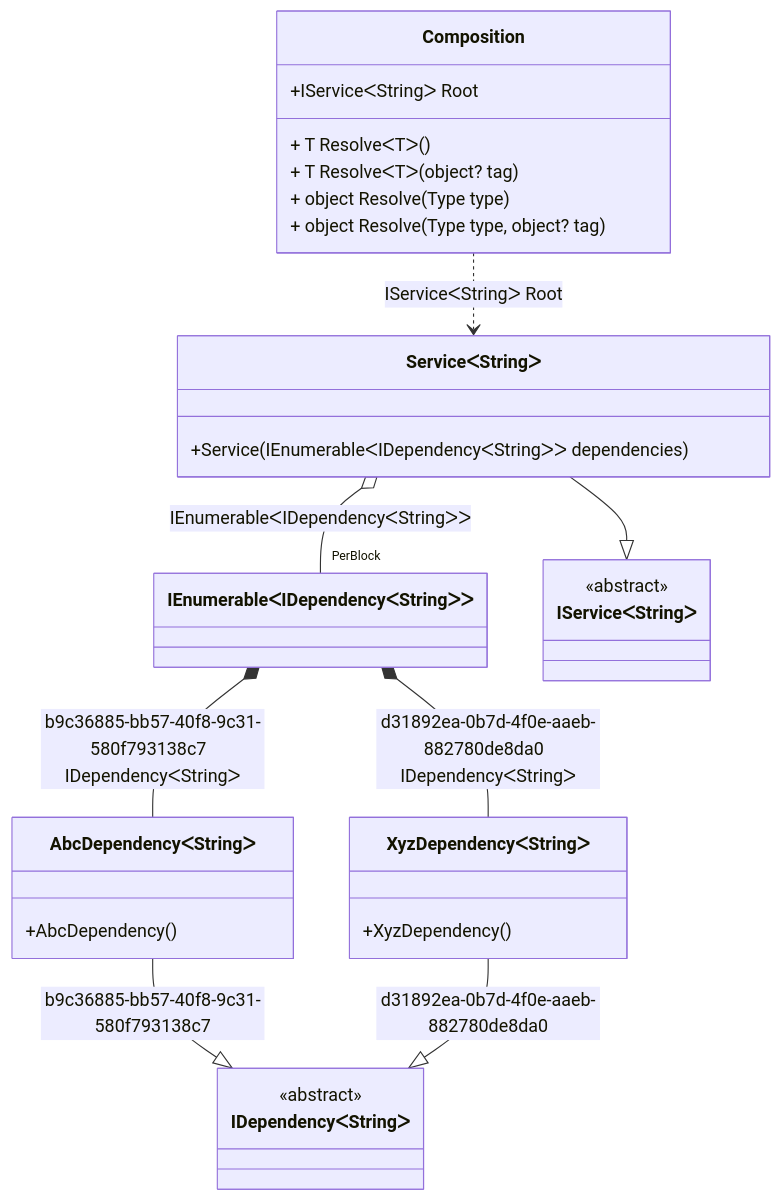
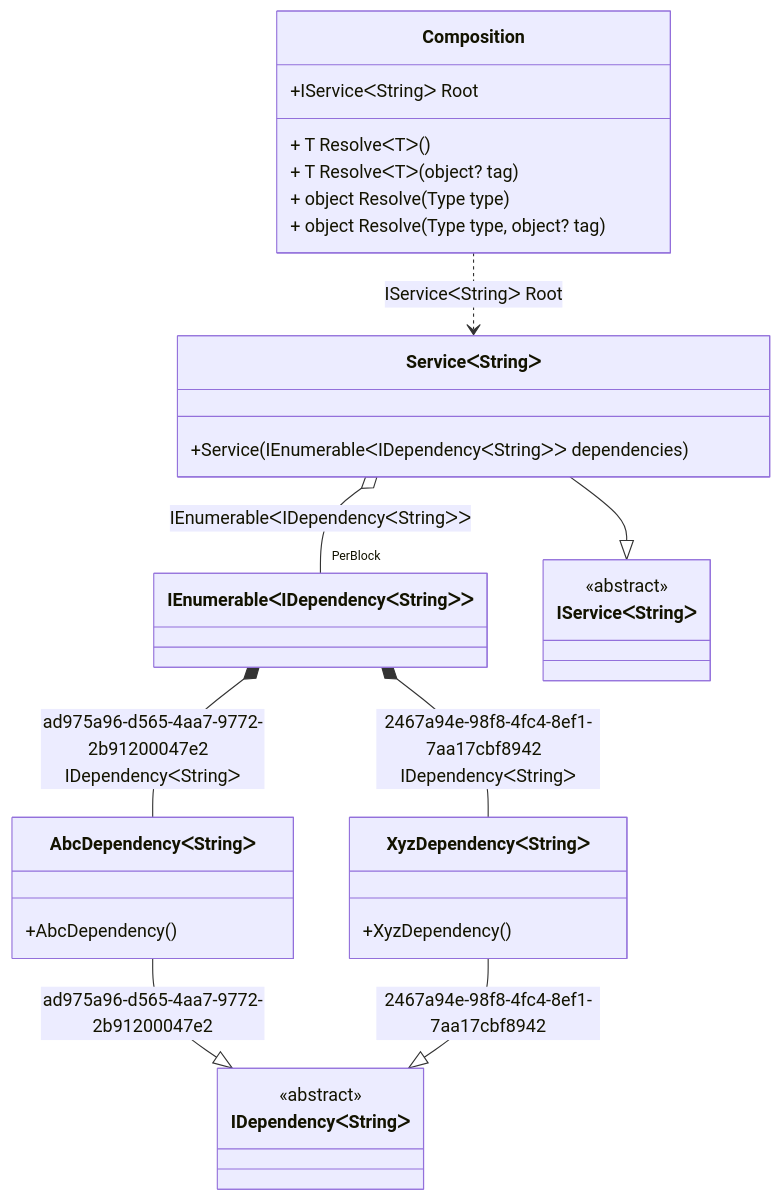
Before and after one commit to DevTeam/Pure.DI: the diagram in readme/tag-unique.md, drawn with Mermaid. The commit also changed other lines of this file and 4 other files, not shown here.

````diff
--- a/readme/tag-unique.md
+++ b/readme/tag-unique.md
@@ -39,33 +39,33 @@
 ```mermaid
 classDiagram
   class Composition {
     +IServiceᐸStringᐳ Root
     + T ResolveᐸTᐳ()
     + T ResolveᐸTᐳ(object? tag)
     + object Resolve(Type type)
     + object Resolve(Type type, object? tag)
   }
   class IEnumerableᐸIDependencyᐸStringᐳᐳ
-  AbcDependencyᐸStringᐳ --|> IDependencyᐸStringᐳ : b9c36885-bb57-40f8-9c31-580f793138c7 
+  AbcDependencyᐸStringᐳ --|> IDependencyᐸStringᐳ : ad975a96-d565-4aa7-9772-2b91200047e2 
   class AbcDependencyᐸStringᐳ {
     +AbcDependency()
   }
-  XyzDependencyᐸStringᐳ --|> IDependencyᐸStringᐳ : d31892ea-0b7d-4f0e-aaeb-882780de8da0 
+  XyzDependencyᐸStringᐳ --|> IDependencyᐸStringᐳ : 2467a94e-98f8-4fc4-8ef1-7aa17cbf8942 
   class XyzDependencyᐸStringᐳ {
     +XyzDependency()
   }
   ServiceᐸStringᐳ --|> IServiceᐸStringᐳ : 
   class ServiceᐸStringᐳ {
     +Service(IEnumerableᐸIDependencyᐸStringᐳᐳ dependencies)
   }
   class IDependencyᐸStringᐳ {
     <<abstract>>
   }
   class IServiceᐸStringᐳ {
     <<abstract>>
   }
-  IEnumerableᐸIDependencyᐸStringᐳᐳ *--  AbcDependencyᐸStringᐳ : b9c36885-bb57-40f8-9c31-580f793138c7  IDependencyᐸStringᐳ
-  IEnumerableᐸIDependencyᐸStringᐳᐳ *--  XyzDependencyᐸStringᐳ : d31892ea-0b7d-4f0e-aaeb-882780de8da0  IDependencyᐸStringᐳ
+  IEnumerableᐸIDependencyᐸStringᐳᐳ *--  AbcDependencyᐸStringᐳ : ad975a96-d565-4aa7-9772-2b91200047e2  IDependencyᐸStringᐳ
+  IEnumerableᐸIDependencyᐸStringᐳᐳ *--  XyzDependencyᐸStringᐳ : 2467a94e-98f8-4fc4-8ef1-7aa17cbf8942  IDependencyᐸStringᐳ
   Composition ..> ServiceᐸStringᐳ : IServiceᐸStringᐳ Root
   ServiceᐸStringᐳ o--  "PerBlock" IEnumerableᐸIDependencyᐸStringᐳᐳ : IEnumerableᐸIDependencyᐸStringᐳᐳ
 ```
````
